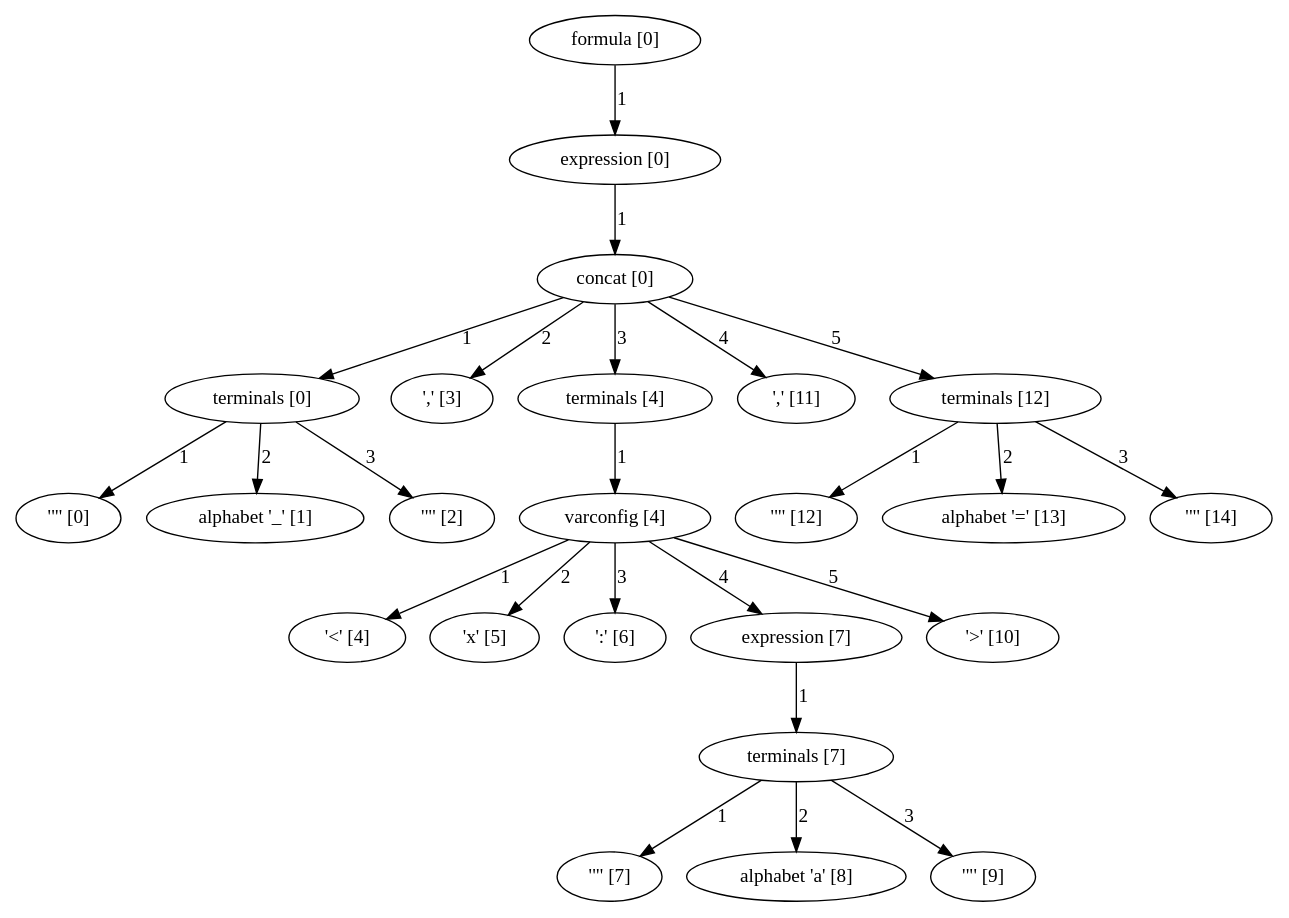
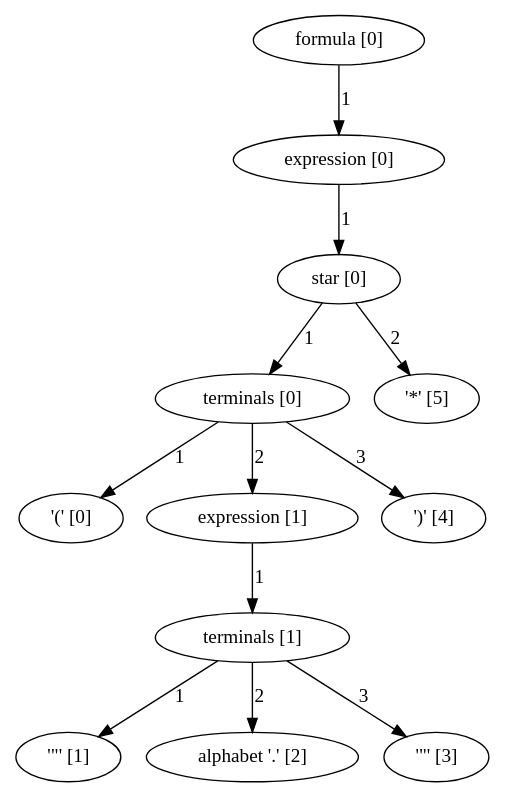
One commit to yipsimon/DocumentSpanners_MSc changed the diagram in formula_parse_tree.dot. Above: the diagram before and after it, drawn with Graphviz. The commit also changed 15 other files, not shown here.

```diff
--- a/formula_parse_tree.dot
+++ b/formula_parse_tree.dot
@@ -1,72 +1,36 @@
 digraph arpeggio_graph {
-139783268156008 [label="formula [0]"];
-139783268156008->139783268155464 [label="1"]
+139739028096000 [label="formula [0]"];
+139739028096000->139739028139816 [label="1"]
 
-139783268155464 [label="expression [0]"];
-139783268155464->139783268159136 [label="1"]
+139739028139816 [label="expression [0]"];
+139739028139816->139739028139680 [label="1"]
 
-139783268159136 [label="concat [0]"];
-139783268159136->139783283928872 [label="1"]
+139739028139680 [label="star [0]"];
+139739028139680->139739028139544 [label="1"]
 
-139783283928872 [label="terminals [0]"];
-139783283928872->139783283876472 [label="1"]
+139739028139544 [label="terminals [0]"];
+139739028139544->139739028187512 [label="1"]
 
-139783283876472 [label=" '\"' [0]"];
-139783283928872->139783283876696 [label="2"]
+139739028187512 [label=" '(' [0]"];
+139739028139544->139739028139408 [label="2"]
 
-139783283876696 [label="alphabet '_' [1]"];
-139783283928872->139783283877032 [label="3"]
+139739028139408 [label="expression [1]"];
+139739028139408->139739028138864 [label="1"]
 
-139783283877032 [label=" '\"' [2]"];
-139783268159136->139783283877256 [label="2"]
+139739028138864 [label="terminals [1]"];
+139739028138864->139739028188968 [label="1"]
 
-139783283877256 [label=" ',' [3]"];
-139783268159136->139783268213216 [label="3"]
+139739028188968 [label=" '\"' [1]"];
+139739028138864->139739028189080 [label="2"]
 
-139783268213216 [label="terminals [4]"];
-139783268213216->139783268213080 [label="1"]
+139739028189080 [label="alphabet '.' [2]"];
+139739028138864->139739028213832 [label="3"]
 
-139783268213080 [label="varconfig [4]"];
-139783268213080->139783283877144 [label="1"]
+139739028213832 [label=" '\"' [3]"];
+139739028139544->139739028213944 [label="3"]
 
-139783283877144 [label=" '<' [4]"];
-139783268213080->139783283877368 [label="2"]
+139739028213944 [label=" ')' [4]"];
+139739028139680->139739028214056 [label="2"]
 
-139783283877368 [label=" 'x' [5]"];
-139783268213080->139783283877480 [label="3"]
-
-139783283877480 [label=" ':' [6]"];
-139783268213080->139783268212808 [label="4"]
-
-139783268212808 [label="expression [7]"];
-139783268212808->139783268159272 [label="1"]
-
-139783268159272 [label="terminals [7]"];
-139783268159272->139783283878376 [label="1"]
-
-139783283878376 [label=" '\"' [7]"];
-139783268159272->139783283879048 [label="2"]
-
-139783283879048 [label="alphabet 'a' [8]"];
-139783268159272->139783283879160 [label="3"]
-
-139783283879160 [label=" '\"' [9]"];
-139783268213080->139783283879272 [label="5"]
-
-139783283879272 [label=" '>' [10]"];
-139783268159136->139783283879384 [label="4"]
-
-139783283879384 [label=" ',' [11]"];
-139783268159136->139783268213488 [label="5"]
-
-139783268213488 [label="terminals [12]"];
-139783268213488->139783283879496 [label="1"]
-
-139783283879496 [label=" '\"' [12]"];
-139783268213488->139783283879608 [label="2"]
-
-139783283879608 [label="alphabet '=' [13]"];
-139783268213488->139783283879720 [label="3"]
-
-139783283879720 [label=" '\"' [14]"];
+139739028214056 [label=" '*' [5]"];
 }
```
